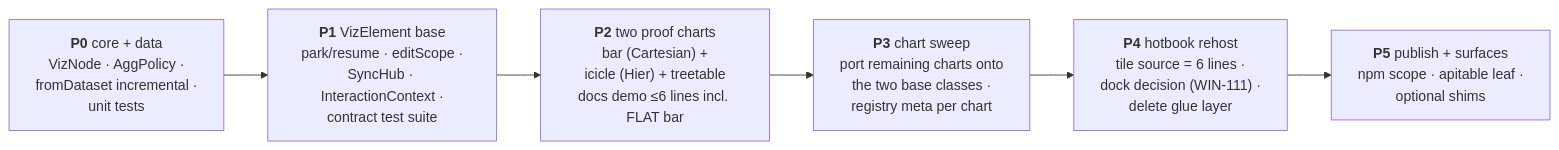
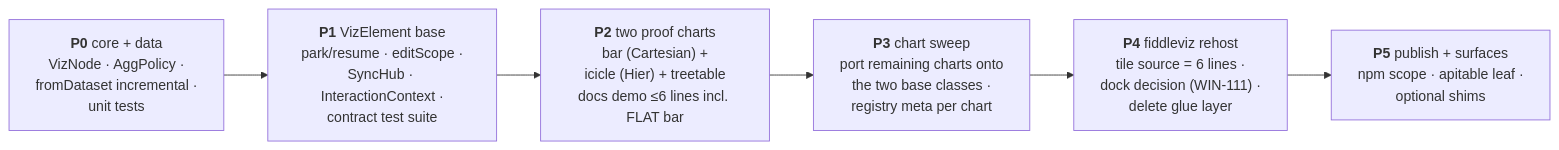
One commit to WinstonFassett/hotbook changed the fourth of 4 diagrams in wiki/rebuild-tech-design.md. Above: the diagram before and after it, drawn with Mermaid. The commit also changed other lines of this file and 128 other files, not shown here.

````diff
--- a/wiki/rebuild-tech-design.md
+++ b/wiki/rebuild-tech-design.md
@@ -376,10 +376,10 @@
 ```mermaid
 graph LR
   p0["<b>P0</b> core + data<br/>VizNode · AggPolicy ·<br/>fromDataset incremental ·<br/>unit tests"]
   p1["<b>P1</b> VizElement base<br/>park/resume · editScope ·<br/>SyncHub · InteractionContext ·<br/>contract test suite"]
   p2["<b>P2</b> two proof charts<br/>bar (Cartesian) +<br/>icicle (Hier) + treetable<br/>docs demo ≤6 lines incl. FLAT bar"]
   p3["<b>P3</b> chart sweep<br/>port remaining charts onto<br/>the two base classes ·<br/>registry meta per chart"]
-  p4["<b>P4</b> hotbook rehost<br/>tile source = 6 lines ·<br/>dock decision (WIN-111) ·<br/>delete glue layer"]
+  p4["<b>P4</b> fiddleviz rehost<br/>tile source = 6 lines ·<br/>dock decision (WIN-111) ·<br/>delete glue layer"]
   p5["<b>P5</b> publish + surfaces<br/>npm scope · apitable leaf ·<br/>optional shims"]
   p0 --> p1 --> p2 --> p3 --> p4 --> p5
 ```
````
